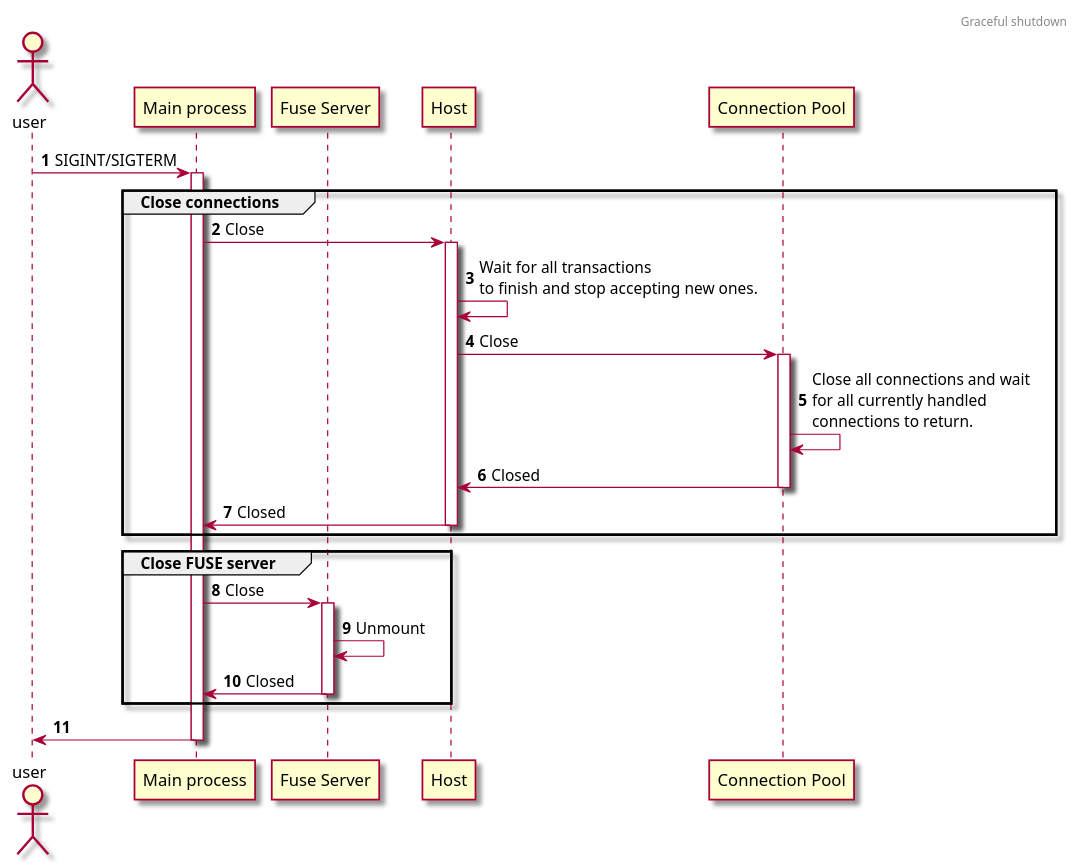
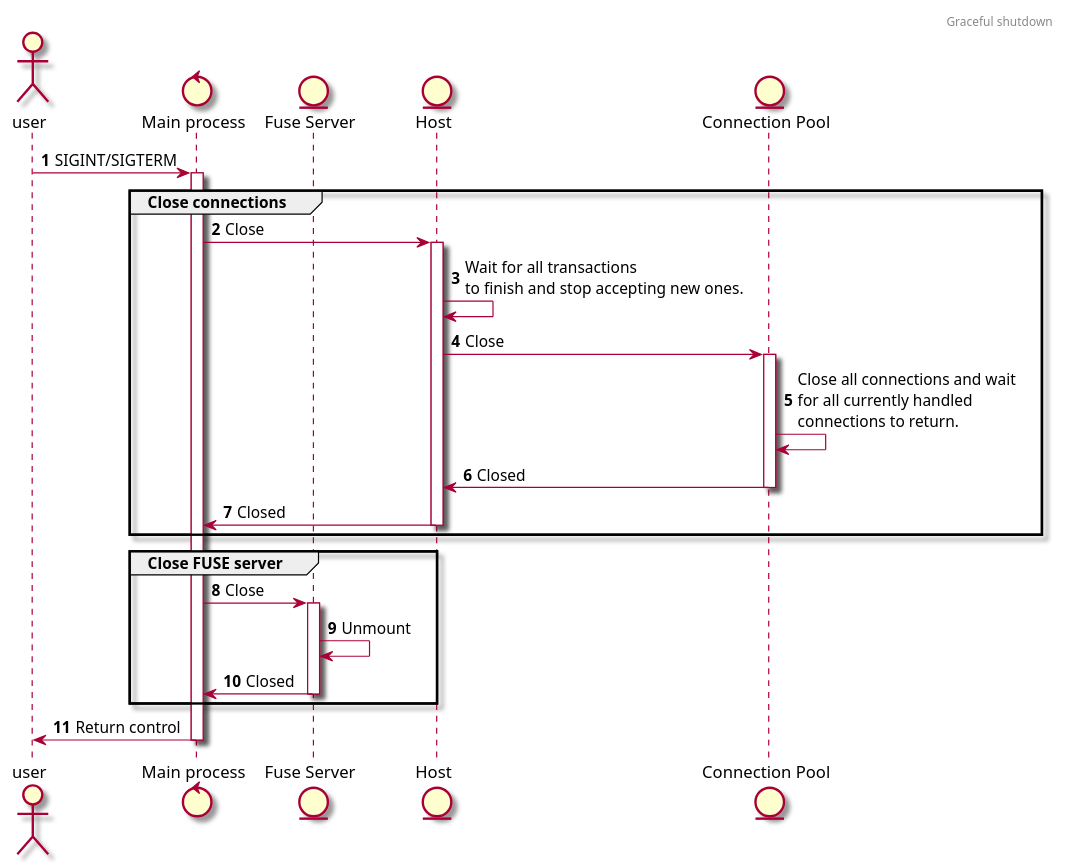
Before and after one commit to Zamerykanizowana/replicated-file-system: the diagram in docs/graceful_shutdown.puml, drawn with PlantUML. The commit also changed 6 other files, not shown here.

Commit message:
add replication diagram

```diff
--- a/docs/graceful_shutdown.puml
+++ b/docs/graceful_shutdown.puml
@@ -1,35 +1,35 @@
 @startuml
 'https://plantuml.com/sequence-diagram
 
 skin rose
 
 header Graceful shutdown
 
 actor user
-participant "Main process" as main
-participant "Fuse Server" as server
-participant "Host" as host
-participant "Connection Pool" as pool
+control "Main process" as main
+entity "Fuse Server" as server
+entity "Host" as host
+entity "Connection Pool" as pool
 
 autonumber
 
 user -> main ++ : SIGINT/SIGTERM
 
 group Close connections
     main -> host ++ : Close
     host -> host : Wait for all transactions\nto finish and stop accepting new ones.
     host -> pool ++ : Close
     pool -> pool : Close all connections and wait\nfor all currently handled\nconnections to return.
     pool -> host -- : Closed
     host -> main -- : Closed
 end
 
 group Close FUSE server
     main -> server ++ : Close
     server -> server : Unmount
     server -> main -- : Closed
 end
 
-main -> user --
+main -> user -- : Return control
 
 @enduml
```
